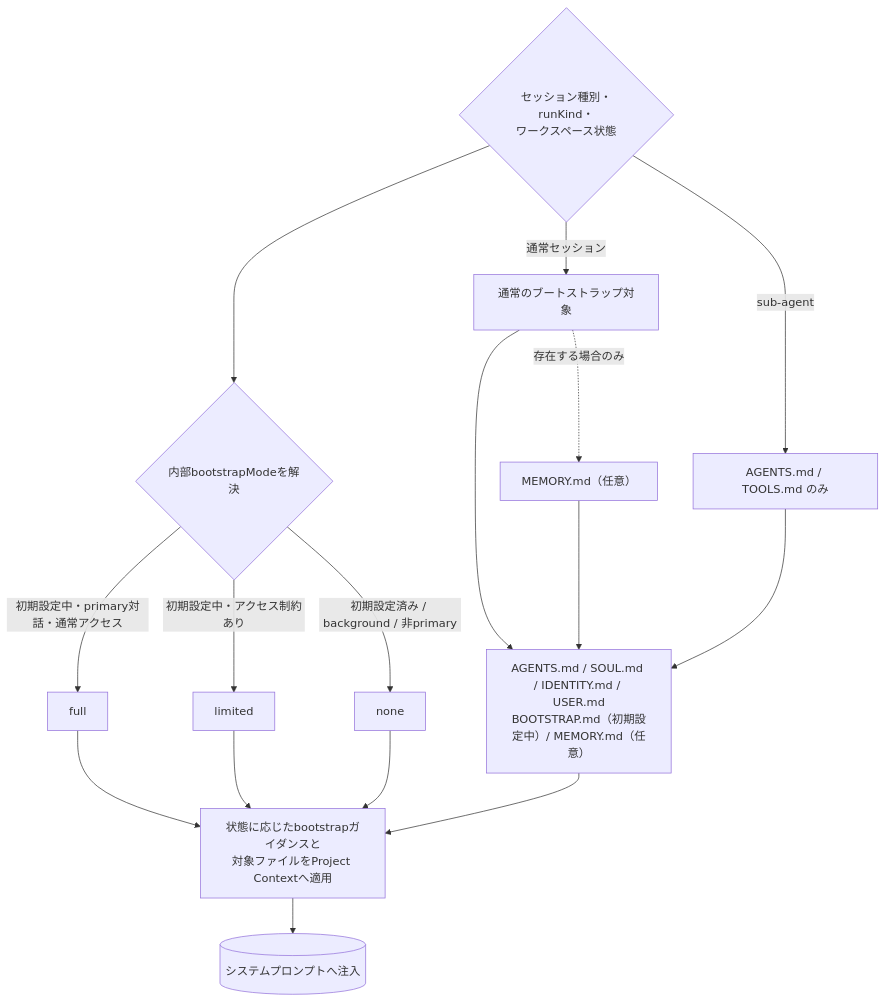
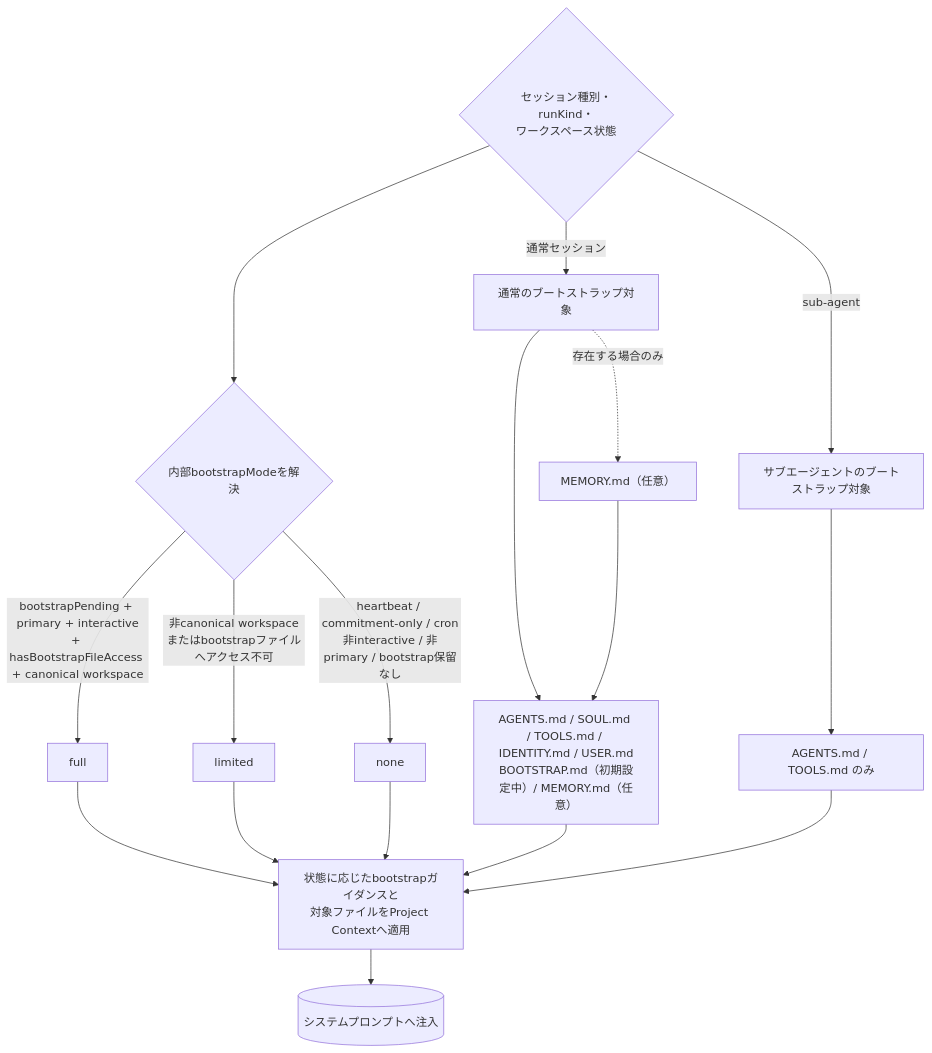
The third of 7 diagrams in archive/md/agent/Openclaw-agent-best-practices.md (myoshi2891/Comparison-of-LLMs), drawn with Mermaid before and after one commit.

Commit message:
docs(openclaw): isolate bootstrap file flows

````diff
--- a/archive/md/agent/Openclaw-agent-best-practices.md
+++ b/archive/md/agent/Openclaw-agent-best-practices.md
@@ -107,20 +107,22 @@
 ```mermaid
 flowchart TB
     MODE{"セッション種別・runKind・<br/>ワークスペース状態"}
     MODE --> RESOLVE{"内部bootstrapModeを解決"}
-    RESOLVE -->|"初期設定中・primary対話・通常アクセス"| FULL["full"]
-    RESOLVE -->|"初期設定中・アクセス制約あり"| LIMITED["limited"]
-    RESOLVE -->|"初期設定済み / background / 非primary"| NONE["none"]
-    FILES["AGENTS.md / SOUL.md / IDENTITY.md / USER.md<br/>BOOTSTRAP.md（初期設定中）/ MEMORY.md（任意）"]
+    RESOLVE -->|"bootstrapPending + primary + interactive<br/>+ hasBootstrapFileAccess + canonical workspace"| FULL["full"]
+    RESOLVE -->|"非canonical workspace<br/>またはbootstrapファイルへアクセス不可"| LIMITED["limited"]
+    RESOLVE -->|"heartbeat / commitment-only / cron<br/>非interactive / 非primary / bootstrap保留なし"| NONE["none"]
     FULL --> APPLY["状態に応じたbootstrapガイダンスと<br/>対象ファイルをProject Contextへ適用"]
     LIMITED --> APPLY
     NONE --> APPLY
-    FILES --> APPLY
     APPLY --> SYS[("システムプロンプトへ注入")]
     MODE -->|"通常セッション"| MAIN["通常のブートストラップ対象"]
     MAIN -.->|"存在する場合のみ"| MEM["MEMORY.md（任意）"]
-    MODE -->|"sub-agent"| SUB["AGENTS.md / TOOLS.md のみ"]
-    MAIN --> FILES
-    MEM --> FILES
-    SUB --> FILES
+    MAINFILES["AGENTS.md / SOUL.md / TOOLS.md / IDENTITY.md / USER.md<br/>BOOTSTRAP.md（初期設定中）/ MEMORY.md（任意）"]
+    SUBFILES["AGENTS.md / TOOLS.md のみ"]
+    MODE -->|"sub-agent"| SUB["サブエージェントのブートストラップ対象"]
+    MAIN --> MAINFILES
+    MEM --> MAINFILES
+    SUB --> SUBFILES
+    MAINFILES --> APPLY
+    SUBFILES --> APPLY
 ```
````
